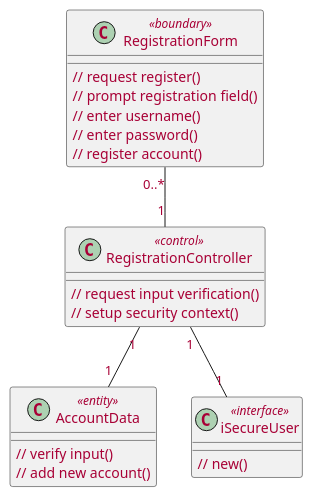
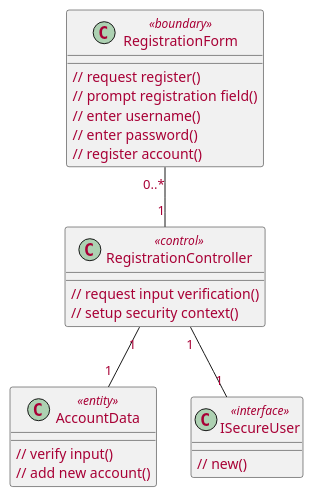
One commit to McSinyx/ipppi changed the fourth of 6 diagrams in source/solution/use-case-design.rst. Above: the diagram before and after it, drawn with PlantUML. The commit also changed other lines of this file, not shown here.

```diff
--- a/source/solution/use-case-design.rst
+++ b/source/solution/use-case-design.rst
@@ -114,29 +114,29 @@
 .. uml::
 
    skinparam defaultFontColor #a80036
 
    class RegistrationForm <<boundary>> {
       // request register()
       // prompt registration field()
       // enter username()
       // enter password()
       // register account()
    }
 
    class RegistrationController <<control>> {
       // request input verification()
       // setup security context()
    }
 
    class AccountData <<entity>> {
       // verify input()
       // add new account()
    }
    
-   class iSecureUser <<interface>> {
+   class ISecureUser <<interface>> {
       // new()
    }   
 
    RegistrationForm "0..*" -- "1" RegistrationController
    RegistrationController "1" -- "1" AccountData
-   RegistrationController "1" -- "1" iSecureUser
+   RegistrationController "1" -- "1" ISecureUser
```
